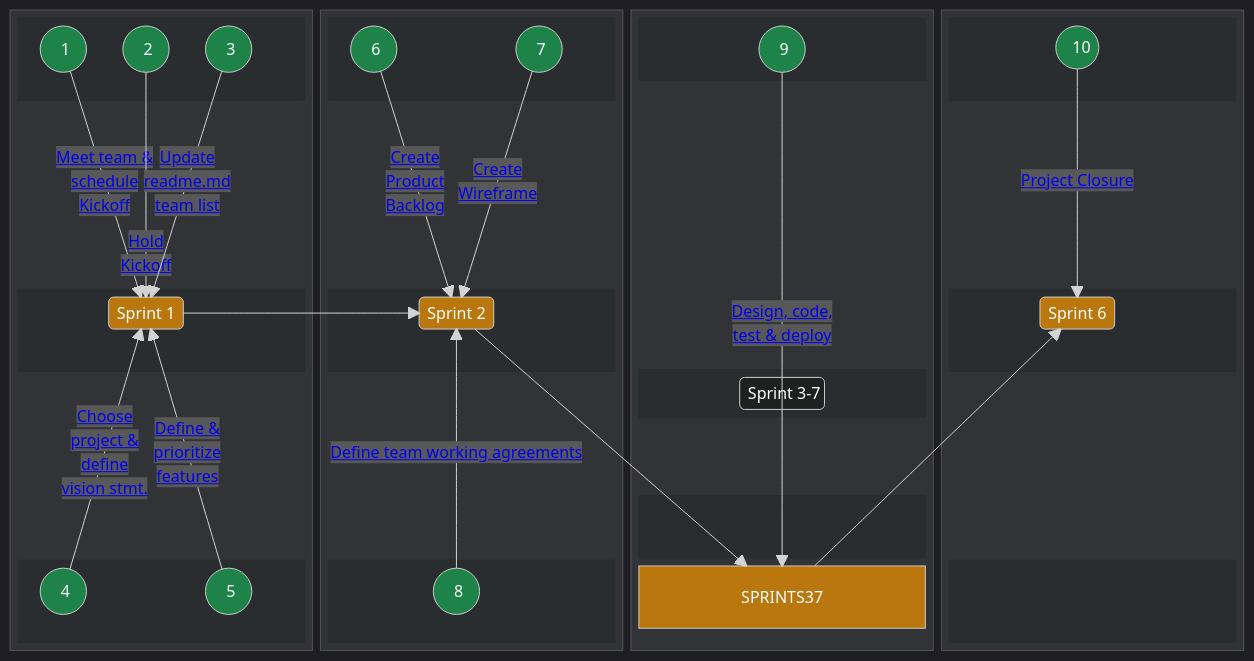
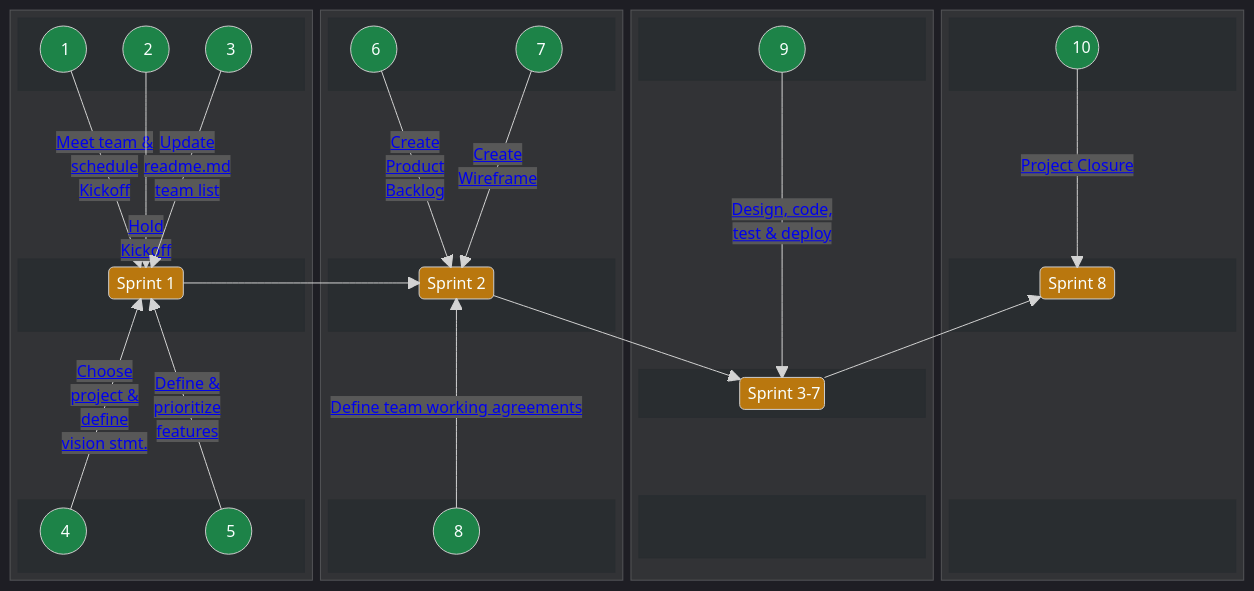
The first of 2 diagrams in docs/guides/voyagexp/voyagexp.md (chingu-voyages/Handbook), drawn with Mermaid before and after one commit.

Commit message:
Feature: Update VoyageXP Sprint numbers

```diff
--- a/docs/guides/voyagexp/voyagexp.md
+++ b/docs/guides/voyagexp/voyagexp.md
@@ -135,7 +135,7 @@
       block:B3CENTER
         columns 3
         space
-        SPRINTS35("&nbsp;Sprint 3-7 ")
+        SPRINTS37("&nbsp;Sprint 3-7 ")
         space
       end
       space
@@ -161,7 +161,7 @@
       block:B4CENTER
         columns 3
         space
-        SPRINT8("&nbsp;Sprint 6&nbsp;")
+        SPRINT8("&nbsp;Sprint 8&nbsp;")
         space
       end
       space
```
